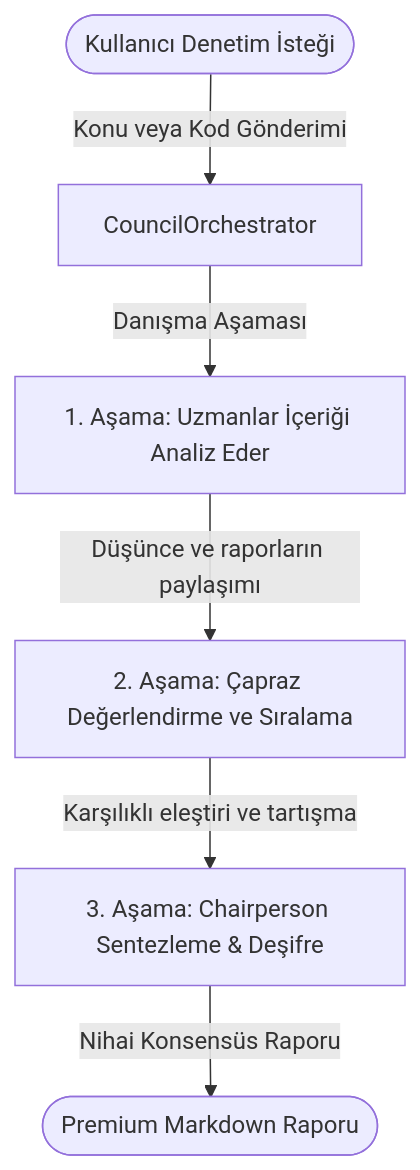
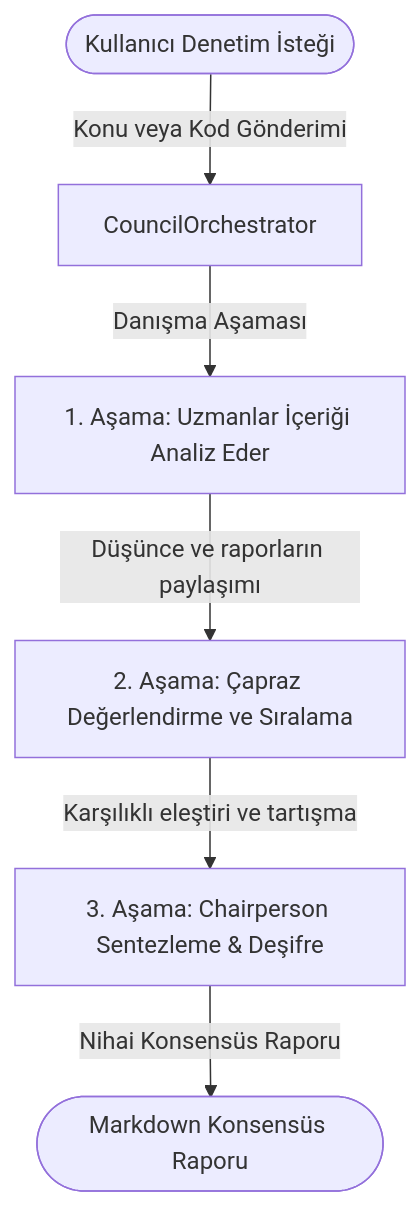
The diagram in README_TR.md (Ads-nht/AegisCouncil), drawn with Mermaid before and after one commit. The commit also changed other lines of this file and 7 other files, not shown here.

````diff
--- a/README_TR.md
+++ b/README_TR.md
@@ -24,8 +24,8 @@
 ```mermaid
 graph TD
     User([Kullanıcı Denetim İsteği]) -->|Konu veya Kod Gönderimi| Orch[CouncilOrchestrator]
     Orch -->|Danışma Aşaması| Stage1[1. Aşama: Uzmanlar İçeriği Analiz Eder]
     Stage1 -->|Düşünce ve raporların paylaşımı| Stage2[2. Aşama: Çapraz Değerlendirme ve Sıralama]
     Stage2 -->|Karşılıklı eleştiri ve tartışma| Stage3[3. Aşama: Chairperson Sentezleme & Deşifre]
-    Stage3 -->|Nihai Konsensüs Raporu| Output([Premium Markdown Raporu])
+    Stage3 -->|Nihai Konsensüs Raporu| Output([Markdown Konsensüs Raporu])
 ```
````
